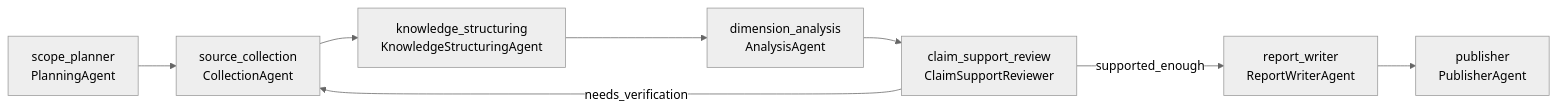
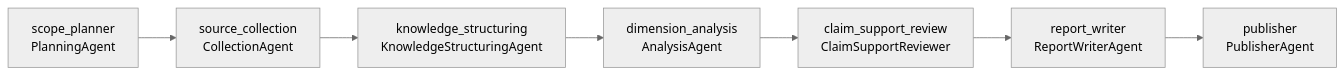
One commit to ying123ww/rivalens changed the second of 2 diagrams in README.md. Above: the diagram before and after it, drawn with Mermaid (neutral theme). The commit also changed other lines of this file and 5 other files, not shown here.

Commit message:
Remove the verification channel originally set up within the collection agent

````diff
--- a/README.md
+++ b/README.md
@@ -146,10 +144,9 @@
 ```mermaid
 flowchart LR
     A["scope_planner\nPlanningAgent"] --> B["source_collection\nCollectionAgent"]
     B --> C["knowledge_structuring\nKnowledgeStructuringAgent"]
     C --> D["dimension_analysis\nAnalysisAgent"]
     D --> G["claim_support_review\nClaimSupportReviewer"]
-    G -->|supported_enough| E["report_writer\nReportWriterAgent"]
-    G -->|needs_verification| B
+    G --> E["report_writer\nReportWriterAgent"]
     E --> F["publisher\nPublisherAgent"]
 ```
````
